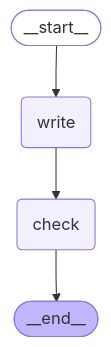
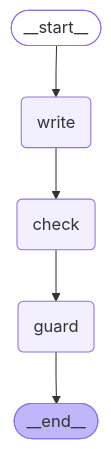
One commit to eylgit/book-teller changed the diagram in README.md. Above: the diagram before and after it, drawn with Mermaid. The commit also changed other lines of this file and 4 other files, not shown here.

````diff
--- a/README.md
+++ b/README.md
@@ -73,18 +73,20 @@
 ```mermaid
 ---
 config:
   flowchart:
     curve: linear
 ---
 graph TD;
 	__start__([<p>__start__</p>]):::first
 	write(write)
 	check(check)
+	guard(guard)
 	__end__([<p>__end__</p>]):::last
 	__start__ --> write;
+	check --> guard;
 	write --> check;
-	check --> __end__;
+	guard --> __end__;
 	classDef default fill:#f2f0ff,line-height:1.2
 	classDef first fill-opacity:0
 	classDef last fill:#bfb6fc
 ```
````
